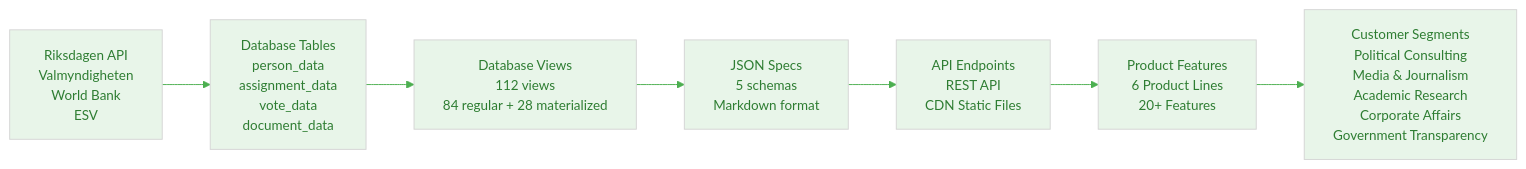
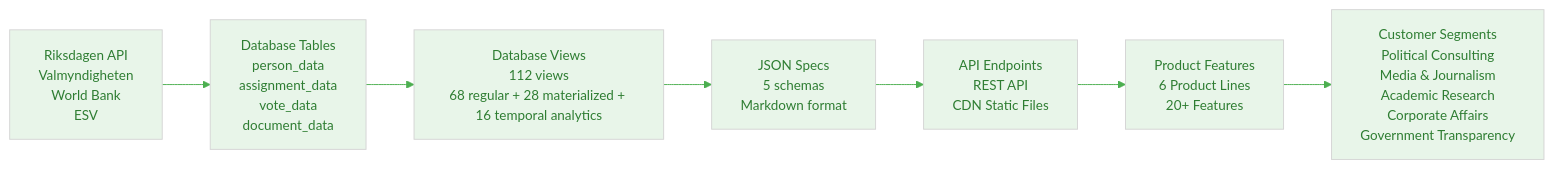
Before and after one commit to Hack23/cia: the third of 6 diagrams in BUSINESS_PRODUCT_DOCUMENT.md, drawn with Mermaid. The commit also changed 1 other file, not shown here.

Commit message:
docs: Fix remaining metric inconsistencies across documents

````diff
--- a/BUSINESS_PRODUCT_DOCUMENT.md
+++ b/BUSINESS_PRODUCT_DOCUMENT.md
@@ -1032,20 +1032,20 @@
 ```mermaid
 %%{
   init: {
     'theme': 'base',
     'themeVariables': {
       'primaryColor': '#e8f5e9',
       'primaryTextColor': '#2e7d32',
       'lineColor': '#4caf50',
       'fontSize': '14px'
     }
   }
 }%%
 flowchart LR
     A[Riksdagen API<br/>Valmyndigheten<br/>World Bank<br/>ESV] --> B[Database Tables<br/>person_data<br/>assignment_data<br/>vote_data<br/>document_data]
-    B --> C[Database Views<br/>112 views<br/>84 regular + 28 materialized]
+    B --> C[Database Views<br/>112 views<br/>68 regular + 28 materialized + 16 temporal analytics]
     C --> D[JSON Specs<br/>5 schemas<br/>Markdown format]
     D --> E[API Endpoints<br/>REST API<br/>CDN Static Files]
     E --> F[Product Features<br/>6 Product Lines<br/>20+ Features]
     F --> G[Customer Segments<br/>Political Consulting<br/>Media & Journalism<br/>Academic Research<br/>Corporate Affairs<br/>Government Transparency]
 ```
````
